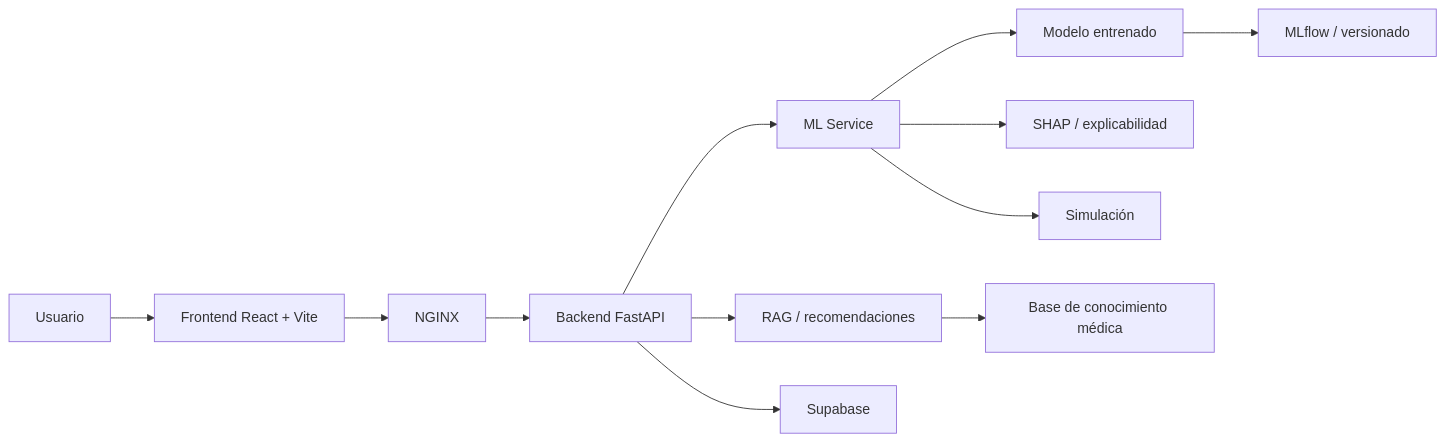
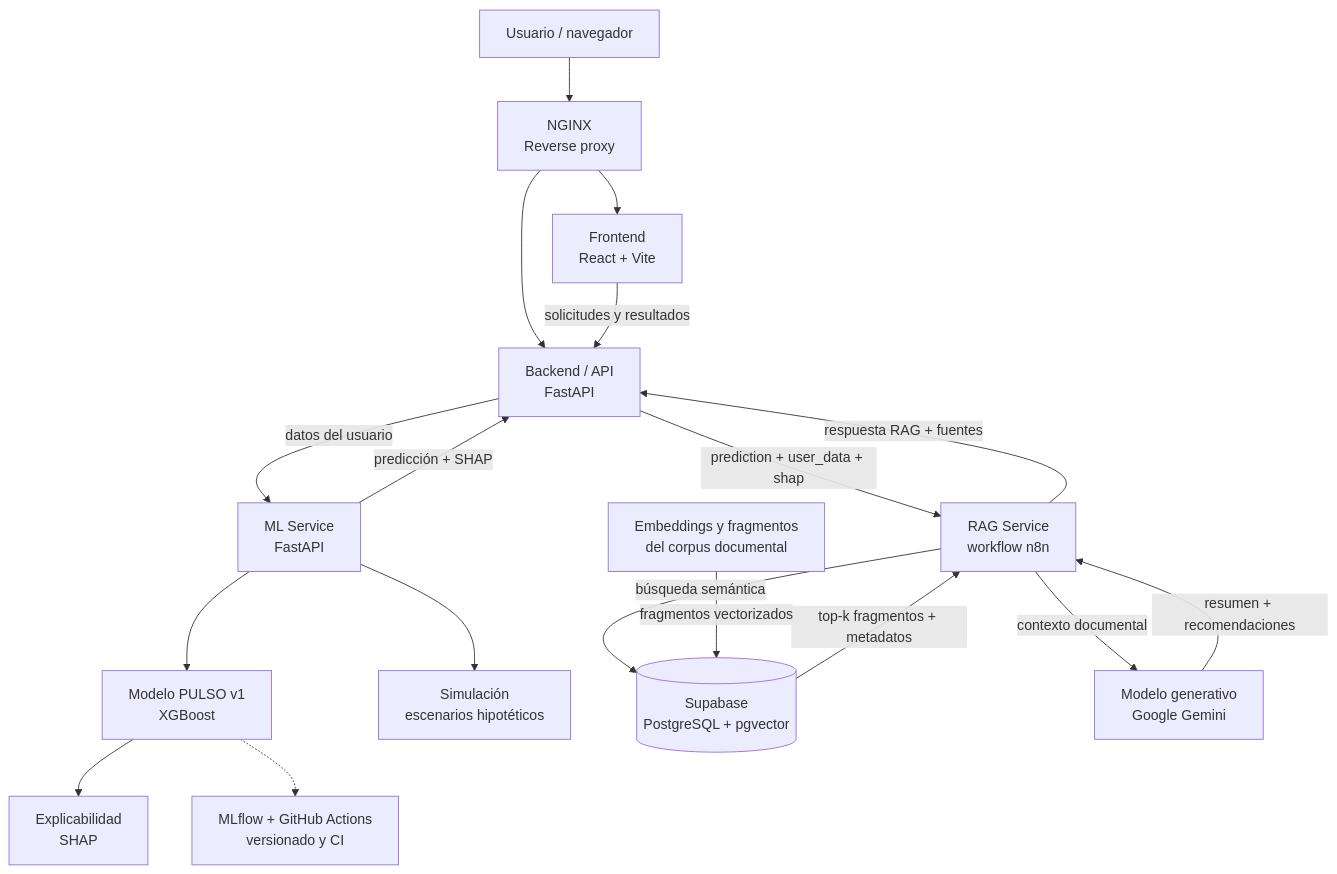
Before and after one commit to acoronellm/PULSO: the first of 3 diagrams in SegundoInforme.md, drawn with Mermaid. The commit also changed other lines of this file, not shown here.

Commit message:
refactor(diagram): Update flowcharts for improved clarity and detail

````diff
--- a/SegundoInforme.md
+++ b/SegundoInforme.md
@@ -710,14 +710,34 @@
 ```mermaid
-flowchart LR
-    U[Usuario] --> F[Frontend React + Vite]
-    F --> N[NGINX]
-    N --> B[Backend FastAPI]
-    B --> M[ML Service]
-    B --> RAG[RAG / recomendaciones]
-    B --> S[Supabase]
-    M --> MOD[Modelo entrenado]
-    M --> SHAP[SHAP / explicabilidad]
-    M --> SIM[Simulación]
-    RAG --> KB[Base de conocimiento médica]
-    MOD --> MLF[MLflow / versionado]
+flowchart TB
+    U[Usuario / navegador]
+    N[NGINX<br/>Reverse proxy]
+    F[Frontend<br/>React + Vite]
+    B[Backend / API<br/>FastAPI]
+    M[ML Service<br/>FastAPI]
+    MOD[Modelo PULSO v1<br/>XGBoost]
+    SHAP[Explicabilidad<br/>SHAP]
+    SIM[Simulación<br/>escenarios hipotéticos]
+    RAG[RAG Service<br/>workflow n8n]
+    DB[(Supabase<br/>PostgreSQL + pgvector)]
+    EMB[Embeddings y fragmentos<br/>del corpus documental]
+    GEM[Modelo generativo<br/>Google Gemini]
+    OPS[MLflow + GitHub Actions<br/>versionado y CI]
+
+    U --> N
+    N --> F
+    N --> B
+    F -->|solicitudes y resultados| B
+    B -->|datos del usuario| M
+    M --> MOD
+    MOD --> SHAP
+    M --> SIM
+    M -->|predicción + SHAP| B
+    B -->|prediction + user_data + shap| RAG
+    RAG -->|búsqueda semántica| DB
+    DB -->|top-k fragmentos + metadatos| RAG
+    RAG -->|contexto documental| GEM
+    GEM -->|resumen + recomendaciones| RAG
+    RAG -->|respuesta RAG + fuentes| B
+    EMB -->|fragmentos vectorizados| DB
+    MOD -.-> OPS
 ```
````
